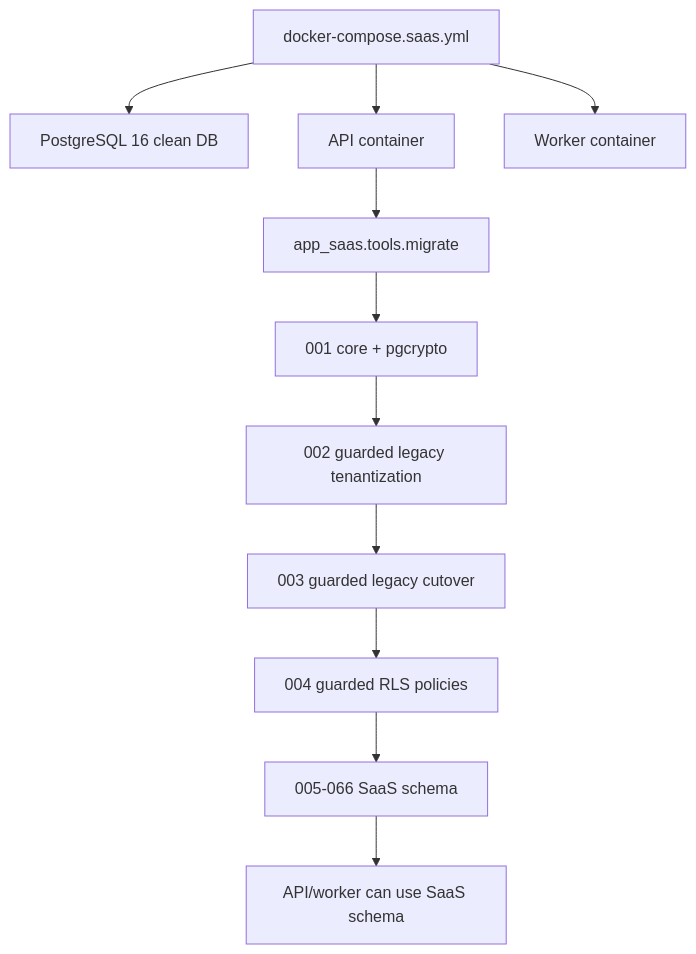
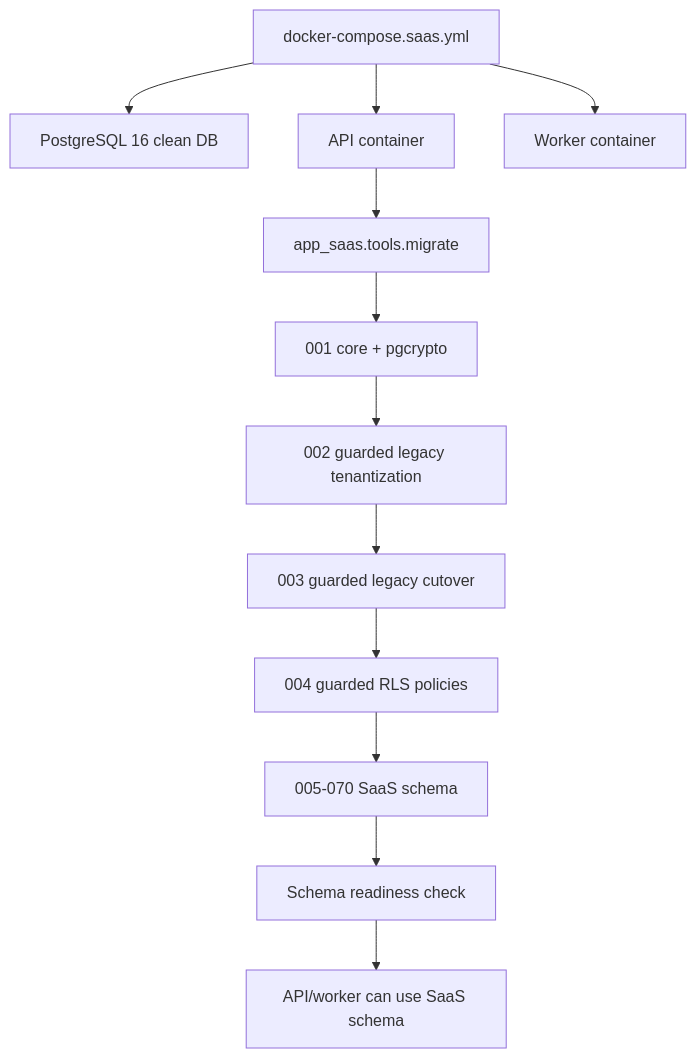
One commit to juampa1329-debug/verane-whatsapp-ai changed the second of 10 diagrams in architecture/DB_FLOW.md. Above: the diagram before and after it, drawn with Mermaid. The commit also changed other lines of this file and 10 other files, not shown here.

Commit message:
docs: record schema readiness gate

````diff
--- a/architecture/DB_FLOW.md
+++ b/architecture/DB_FLOW.md
@@ -17,13 +19,14 @@
 ```mermaid
 flowchart TB
   Compose["docker-compose.saas.yml"] --> Postgres["PostgreSQL 16 clean DB"]
   Compose --> API["API container"]
   Compose --> Worker["Worker container"]
   API --> Migrator["app_saas.tools.migrate"]
   Migrator --> SQL001["001 core + pgcrypto"]
   SQL001 --> SQL002["002 guarded legacy tenantization"]
   SQL002 --> SQL003["003 guarded legacy cutover"]
   SQL003 --> SQL004["004 guarded RLS policies"]
-  SQL004 --> SQLRest["005-066 SaaS schema"]
-  SQLRest --> Ready["API/worker can use SaaS schema"]
+  SQL004 --> SQLRest["005-070 SaaS schema"]
+  SQLRest --> Check["Schema readiness check"]
+  Check --> Ready["API/worker can use SaaS schema"]
 ```
````
